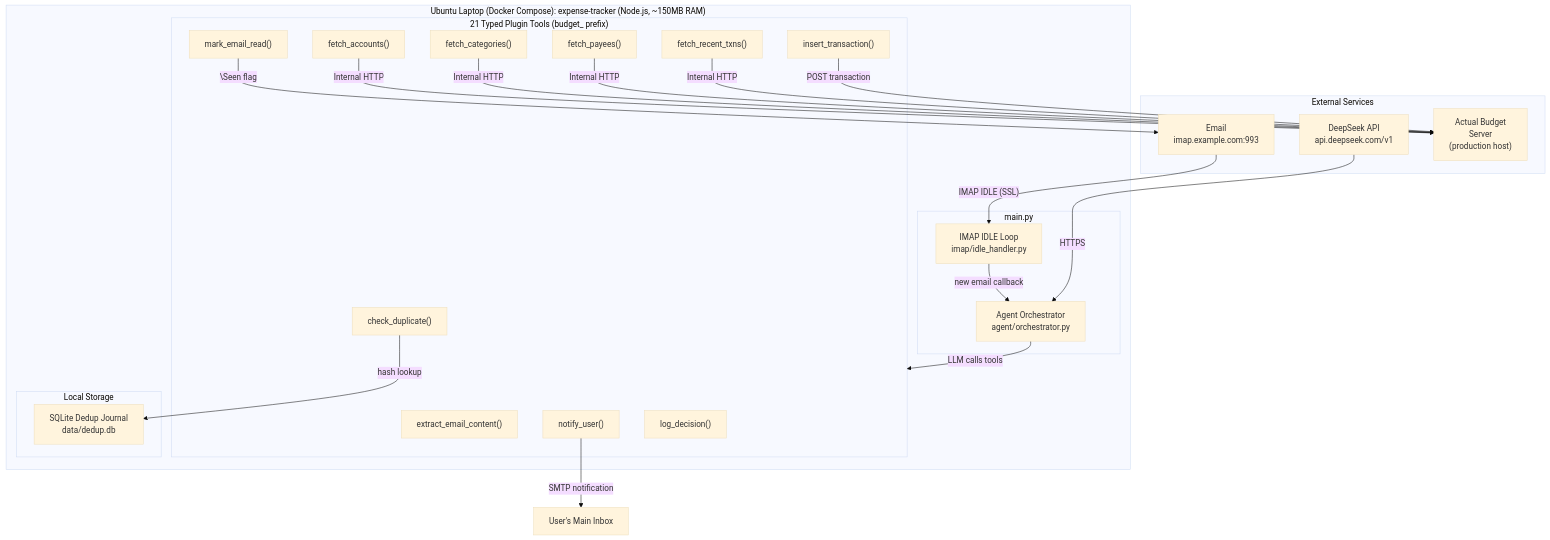
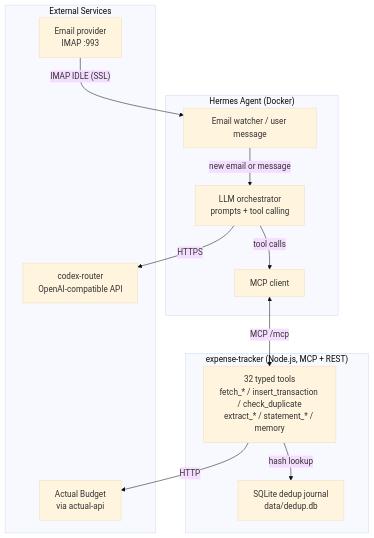
One commit to darrencjh8/darren-openclaw changed the first of 8 diagrams in design.md. Above: the diagram before and after it, drawn with Mermaid (base theme). The commit also changed other lines of this file and 17 other files, not shown here.

````diff
--- a/design.md
+++ b/design.md
@@ -135,43 +113,27 @@
 ```mermaid
 graph TB
     subgraph External["External Services"]
-        EmailSvc["Email<br/>imap.example.com:993"]
-        DeepSeek["DeepSeek API<br/>api.deepseek.com/v1"]
-         AB["Actual Budget<br/>Server<br/>(production host)"]
+        EmailSvc["Email provider<br/>IMAP :993"]
+        LLM["codex-router<br/>OpenAI-compatible API"]
+        AB["Actual Budget<br/>via actual-api"]
     end
 
-    subgraph OpenClaw["Ubuntu Laptop (Docker Compose): expense-tracker (Node.js, ~150MB RAM)"]
-        subgraph Main["main.py"]
-            IMAP["IMAP IDLE Loop<br/>imap/idle_handler.py"]
-            Orch["Agent Orchestrator<br/>agent/orchestrator.py"]
-            IMAP -->|"new email callback"| Orch
-        end
-
-        subgraph Tools["21 Typed Plugin Tools (budget_ prefix)"]
-            T1["extract_email_content()"]
-            T2["fetch_accounts()"]
-            T3["fetch_categories()"]
-            T4["fetch_payees()"]
-            T5["fetch_recent_txns()"]
-            T6["insert_transaction()"]
-            T7["check_duplicate()"]
-            T8["mark_email_read()"]
-            T9["notify_user()"]
-            T10["log_decision()"]
-        end
-
-        Orch -->|"LLM calls tools"| Tools
-
-        subgraph Storage["Local Storage"]
-            SQLite["SQLite Dedup Journal<br/>data/dedup.db"]
-        end
+    subgraph Runtime["Hermes Agent (Docker)"]
+        Watch["Email watcher / user message"]
+        Orch["LLM orchestrator<br/>prompts + tool calling"]
+        MCPC["MCP client"]
+        Watch -->|"new email or message"| Orch
+        Orch -->|"tool calls"| MCPC
     end
 
-    EmailSvc -->|"IMAP IDLE (SSL)"| IMAP
-    DeepSeek -->|"HTTPS"| Orch
-    T2 & T3 & T4 & T5 -->|"Internal HTTP"| AB
-    T6 -->|"POST transaction"| AB
-    T7 -->|"hash lookup"| SQLite
-    T8 -->|"\Seen flag"| EmailSvc
-    T9 -->|"SMTP notification"| User["User's Main Inbox"]
+    subgraph ExpenseTracker["expense-tracker (Node.js, MCP + REST)"]
+        ETools["32 typed tools<br/>fetch_* / insert_transaction / check_duplicate<br/>extract_* / statement_* / memory"]
+        SQLite["SQLite dedup journal<br/>data/dedup.db"]
+        ETools -->|"hash lookup"| SQLite
+    end
+
+    EmailSvc -->|"IMAP IDLE (SSL)"| Watch
+    Orch -->|"HTTPS"| LLM
+    MCPC <-->|"MCP /mcp"| ETools
+    ETools -->|"HTTP"| AB
 ```
````
